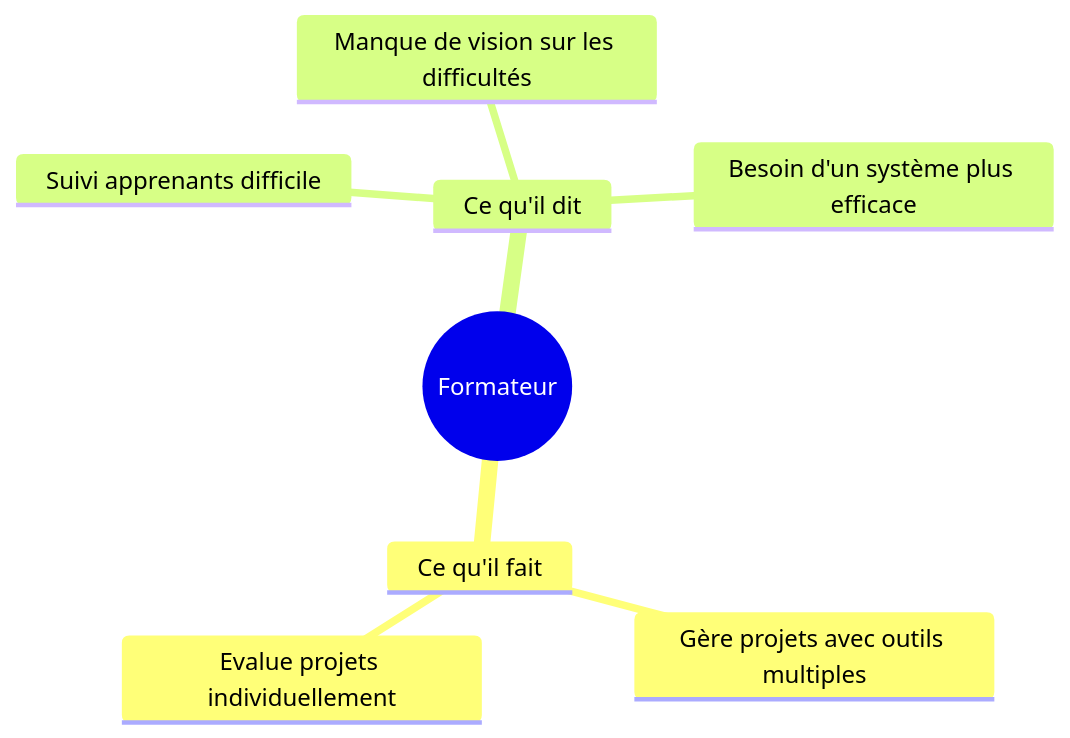
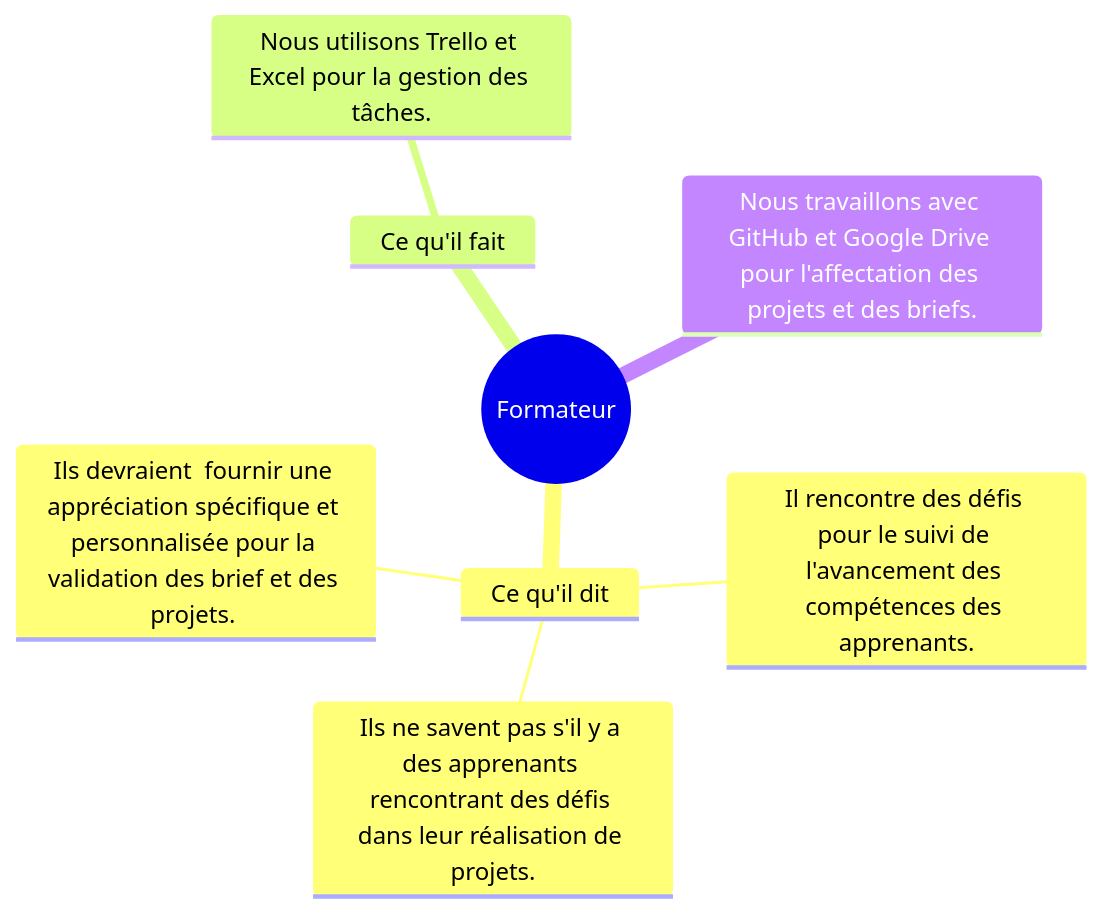
The diagram in docs/Besoin/pkg_creation_projets/carte-empathie-Formateur.mmd (solicoders/soli-lms), drawn with Mermaid before and after one commit. The commit also changed other lines of this file and 1 other file, not shown here.

```diff
--- a/docs/Besoin/pkg_creation_projets/carte-empathie-Formateur.mmd
+++ b/docs/Besoin/pkg_creation_projets/carte-empathie-Formateur.mmd
@@ -1,10 +1,10 @@
 %% @config(../../../modélisation/mindmap-config.json)
 mindmap
   root((Formateur))
+     Ce qu'il dit
+      Il rencontre des défis pour le suivi de l'avancement des compétences des apprenants.
+      Ils ne savent pas s'il y a des apprenants rencontrant des défis dans leur réalisation de projets.
+      Ils devraient  fournir une appréciation spécifique et personnalisée pour la validation des brief et des projets. 
     Ce qu'il fait
-        Gère projets avec outils multiples
-        Evalue projets individuellement
-    Ce qu'il dit
-        Suivi apprenants difficile
-        Manque de vision sur les difficultés
-        Besoin d'un système plus efficace
+      Nous utilisons Trello et Excel pour la gestion des tâches.
+    Nous travaillons avec GitHub et Google Drive pour l'affectation des projets et des briefs.
```
